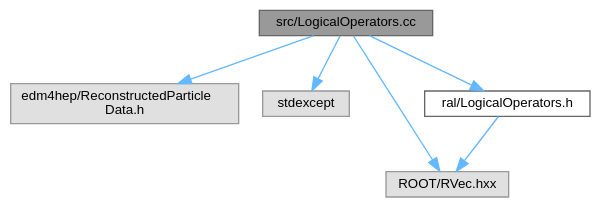
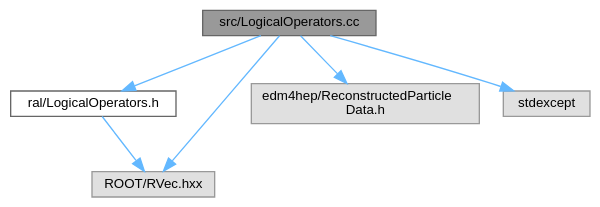
One commit to Juanki0396/ral changed the diagram in docs/LogicalOperators_8cc__incl.dot. Above: the diagram before and after it, drawn with Graphviz. The commit also changed 7 other files, not shown here.

```diff
--- a/docs/LogicalOperators_8cc__incl.dot
+++ b/docs/LogicalOperators_8cc__incl.dot
@@ -1,17 +1,17 @@
 digraph "src/LogicalOperators.cc"
 {
  // LATEX_PDF_SIZE
   bgcolor="transparent";
   edge [fontname=Helvetica,fontsize=10,labelfontname=Helvetica,labelfontsize=10];
   node [fontname=Helvetica,fontsize=10,shape=box,height=0.2,width=0.4];
   Node1 [id="Node000001",label="src/LogicalOperators.cc",height=0.2,width=0.4,color="gray40", fillcolor="grey60", style="filled", fontcolor="black",tooltip=" "];
   Node1 -> Node2 [id="edge1_Node000001_Node000002",color="steelblue1",style="solid",tooltip=" "];
-  Node2 [id="Node000002",label="edm4hep/ReconstructedParticle\lData.h",height=0.2,width=0.4,color="grey60", fillcolor="#E0E0E0", style="filled",tooltip=" "];
-  Node1 -> Node3 [id="edge2_Node000001_Node000003",color="steelblue1",style="solid",tooltip=" "];
-  Node3 [id="Node000003",label="stdexcept",height=0.2,width=0.4,color="grey60", fillcolor="#E0E0E0", style="filled",tooltip=" "];
-  Node1 -> Node4 [id="edge3_Node000001_Node000004",color="steelblue1",style="solid",tooltip=" "];
-  Node4 [id="Node000004",label="ROOT/RVec.hxx",height=0.2,width=0.4,color="grey60", fillcolor="#E0E0E0", style="filled",tooltip=" "];
-  Node1 -> Node5 [id="edge4_Node000001_Node000005",color="steelblue1",style="solid",tooltip=" "];
-  Node5 [id="Node000005",label="ral/LogicalOperators.h",height=0.2,width=0.4,color="grey40", fillcolor="white", style="filled",URL="$LogicalOperators_8h.html",tooltip=" "];
-  Node5 -> Node4 [id="edge5_Node000005_Node000004",color="steelblue1",style="solid",tooltip=" "];
+  Node2 [id="Node000002",label="ral/LogicalOperators.h",height=0.2,width=0.4,color="grey40", fillcolor="white", style="filled",URL="$LogicalOperators_8h.html",tooltip=" "];
+  Node2 -> Node3 [id="edge2_Node000002_Node000003",color="steelblue1",style="solid",tooltip=" "];
+  Node3 [id="Node000003",label="ROOT/RVec.hxx",height=0.2,width=0.4,color="grey60", fillcolor="#E0E0E0", style="filled",tooltip=" "];
+  Node1 -> Node3 [id="edge3_Node000001_Node000003",color="steelblue1",style="solid",tooltip=" "];
+  Node1 -> Node4 [id="edge4_Node000001_Node000004",color="steelblue1",style="solid",tooltip=" "];
+  Node4 [id="Node000004",label="edm4hep/ReconstructedParticle\lData.h",height=0.2,width=0.4,color="grey60", fillcolor="#E0E0E0", style="filled",tooltip=" "];
+  Node1 -> Node5 [id="edge5_Node000001_Node000005",color="steelblue1",style="solid",tooltip=" "];
+  Node5 [id="Node000005",label="stdexcept",height=0.2,width=0.4,color="grey60", fillcolor="#E0E0E0", style="filled",tooltip=" "];
 }
```
